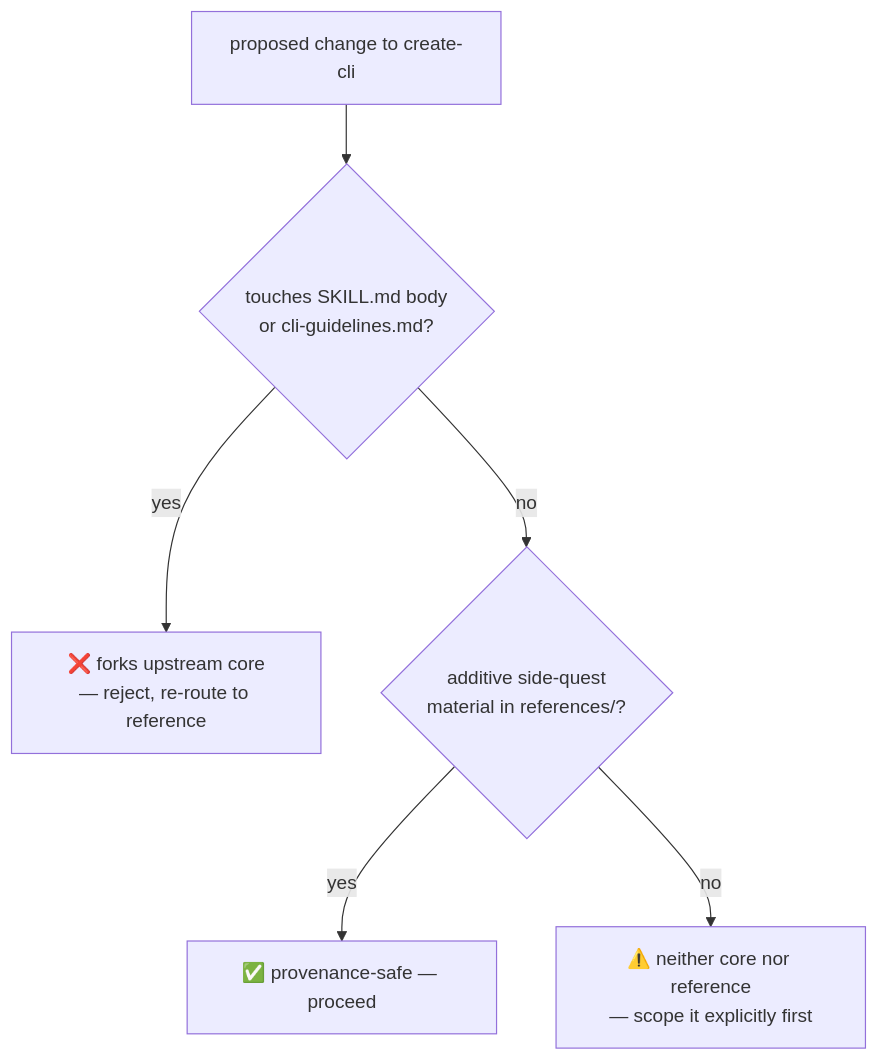
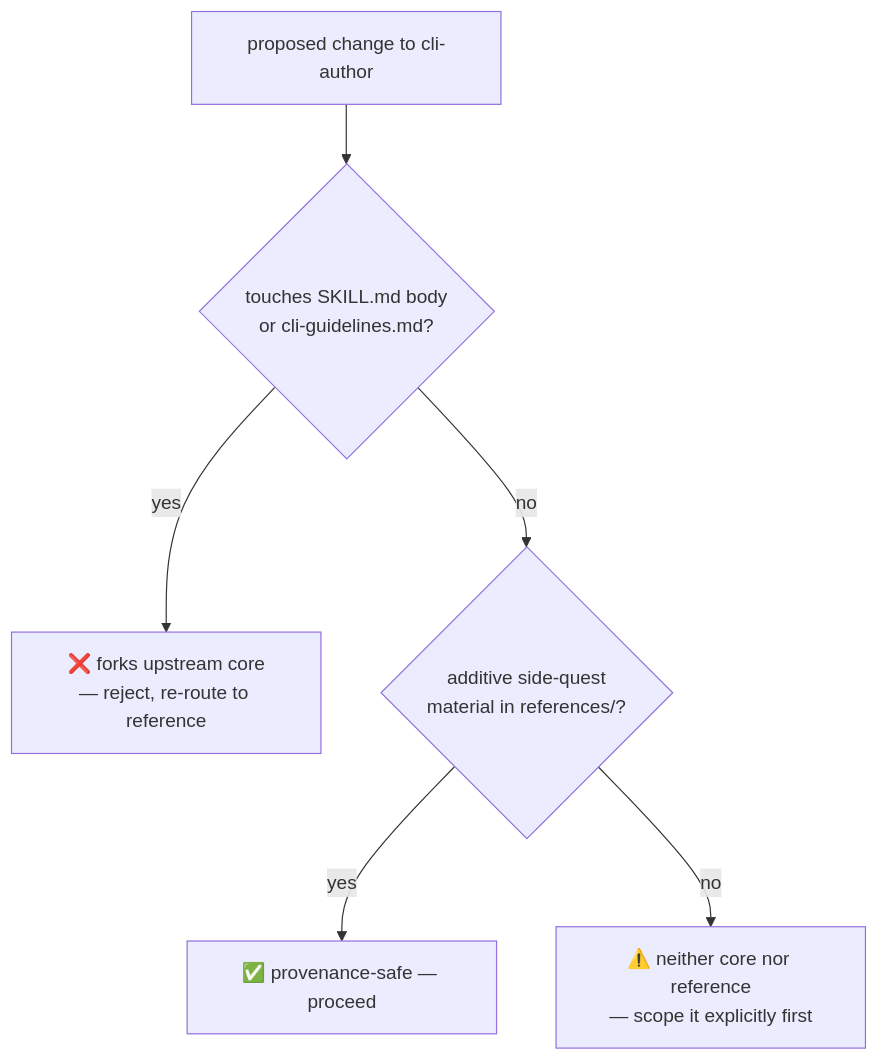
The second of 2 diagrams in docs/plans/2026-05-31-002-feat-facade-aware-create-cli-emission-plan.md (nathanvale/claude-code-config), drawn with Mermaid before and after one commit. The commit also changed other lines of this file and 134 other files, not shown here.

First line of the commit message:
refactor(cli-author): rename CLI authoring skill

````diff
--- a/docs/plans/2026-05-31-002-feat-facade-aware-create-cli-emission-plan.md
+++ b/docs/plans/2026-05-31-002-feat-facade-aware-create-cli-emission-plan.md
@@ -234,8 +234,8 @@
 ```mermaid
 flowchart TD
-  EDIT["proposed change to create-cli"] --> Q{"touches SKILL.md body<br/>or cli-guidelines.md?"}
+  EDIT["proposed change to cli-author"] --> Q{"touches SKILL.md body<br/>or cli-guidelines.md?"}
   Q -->|yes| FORK["❌ forks upstream core<br/>— reject, re-route to reference"]
   Q -->|no| Q2{"additive side-quest<br/>material in references/?"}
   Q2 -->|yes| OK["✅ provenance-safe — proceed"]
   Q2 -->|no| ASK["⚠️ neither core nor reference<br/>— scope it explicitly first"]
 ```
````
